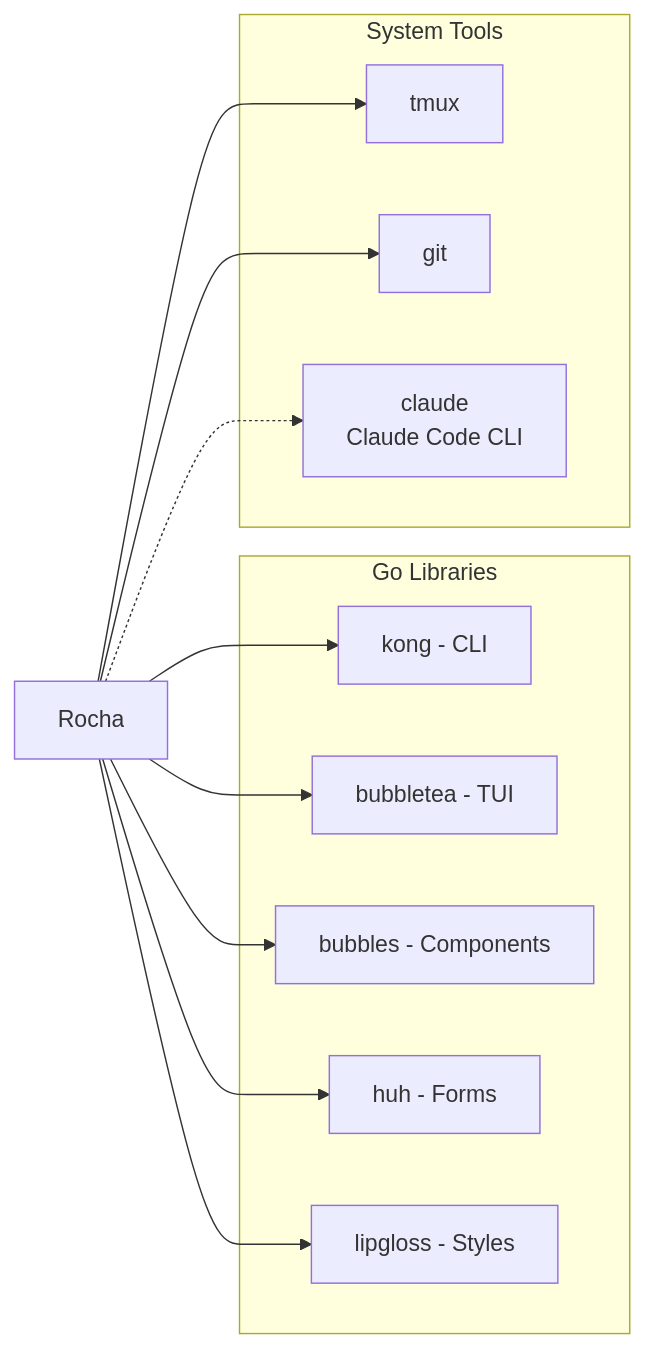
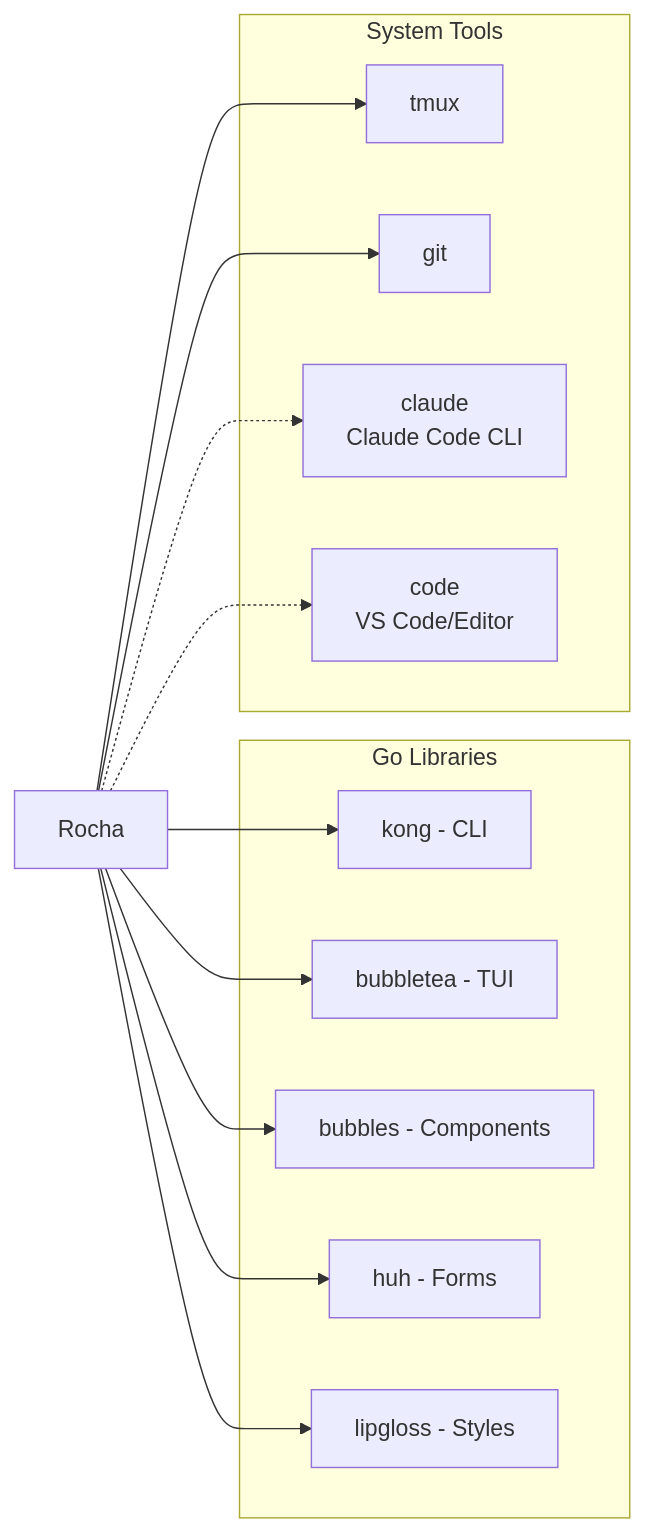
The fifth of 5 diagrams in ARCHITECTURE.md (renato0307/rocha), drawn with Mermaid before and after one commit. The commit also changed other lines of this file and 8 other files, not shown here.

````diff
--- a/ARCHITECTURE.md
+++ b/ARCHITECTURE.md
@@ -290,25 +298,27 @@
 ```mermaid
 graph LR
     subgraph "Go Libraries"
         KONG[kong - CLI]
         BT[bubbletea - TUI]
         BUBBLES[bubbles - Components]
         HUH[huh - Forms]
         LG[lipgloss - Styles]
     end
 
     subgraph "System Tools"
         TMUX[tmux]
         GIT[git]
         CLAUDE[claude<br/>Claude Code CLI]
+        CODE[code<br/>VS Code/Editor]
     end
 
     APP[Rocha] --> KONG
     APP --> BT
     APP --> BUBBLES
     APP --> HUH
     APP --> LG
     APP --> TMUX
     APP --> GIT
     APP -.-> CLAUDE
+    APP -.-> CODE
 ```
````
